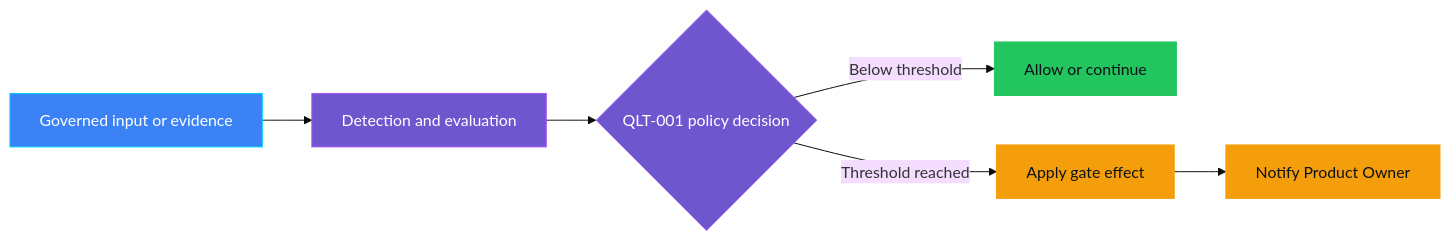
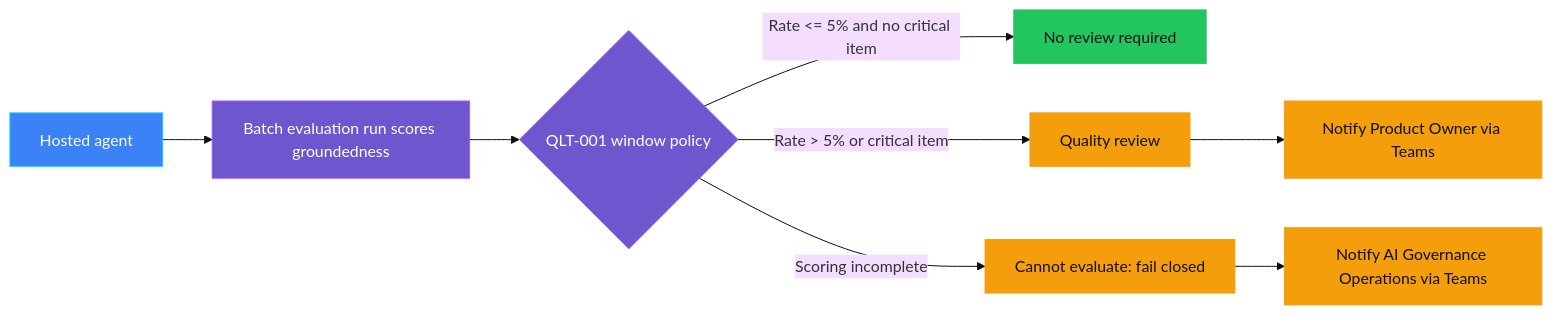
The first of 2 diagrams in controls/grounding_and_quality/QLT-001_hallucination_rate_high/README.md (doruit/forged-with-foundry), drawn with Mermaid (base theme) before and after one commit. The commit also changed other lines of this file and 31 other files, not shown here.

First line of the commit message:
Add QLT-001 control for hallucination rate evaluation

````diff
--- a/controls/grounding_and_quality/QLT-001_hallucination_rate_high/README.md
+++ b/controls/grounding_and_quality/QLT-001_hallucination_rate_high/README.md
@@ -56,17 +176,19 @@
 ```mermaid
 flowchart LR
-    I[Governed input or evidence] --> D[Detection and evaluation]
-    D --> P{QLT-001 policy decision}
-    P -->|Below threshold| A[Allow or continue]
-    P -->|Threshold reached| E[Apply gate effect]
-    E --> O[Notify Product Owner]
+    I[Hosted agent] --> D[Batch evaluation run scores groundedness]
+    D --> P{QLT-001 window policy}
+    P -->|Rate <= 5% and no critical item| A[No review required]
+    P -->|Rate > 5% or critical item| G[Quality review]
+    P -->|Scoring incomplete| B[Cannot evaluate: fail closed]
+    G --> O[Notify Product Owner via Teams]
+    B --> N[Notify AI Governance Operations via Teams]
 
     classDef governance fill:#6E56CF,stroke:#A855F7,color:#FFFFFF
     classDef platform fill:#3B82F6,stroke:#00D4FF,color:#FFFFFF
     classDef success fill:#22C55E,stroke:#22C55E,color:#0D1117
     classDef attention fill:#F59E0B,stroke:#F59E0B,color:#0D1117
     class D,P governance
     class I platform
     class A success
-    class E,O attention
+    class G,B,O,N attention
 ```
````
